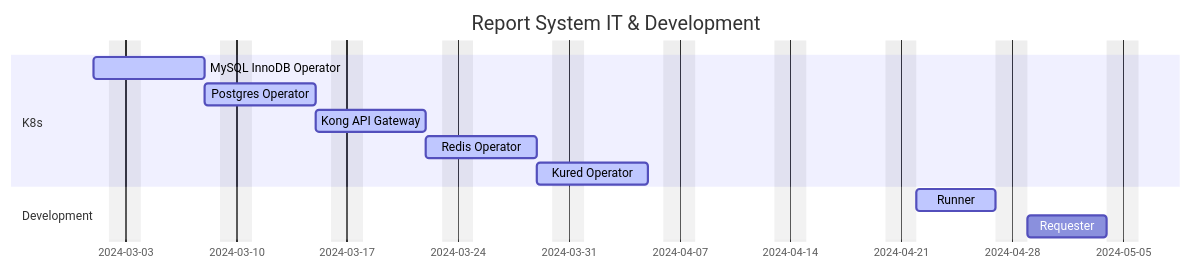
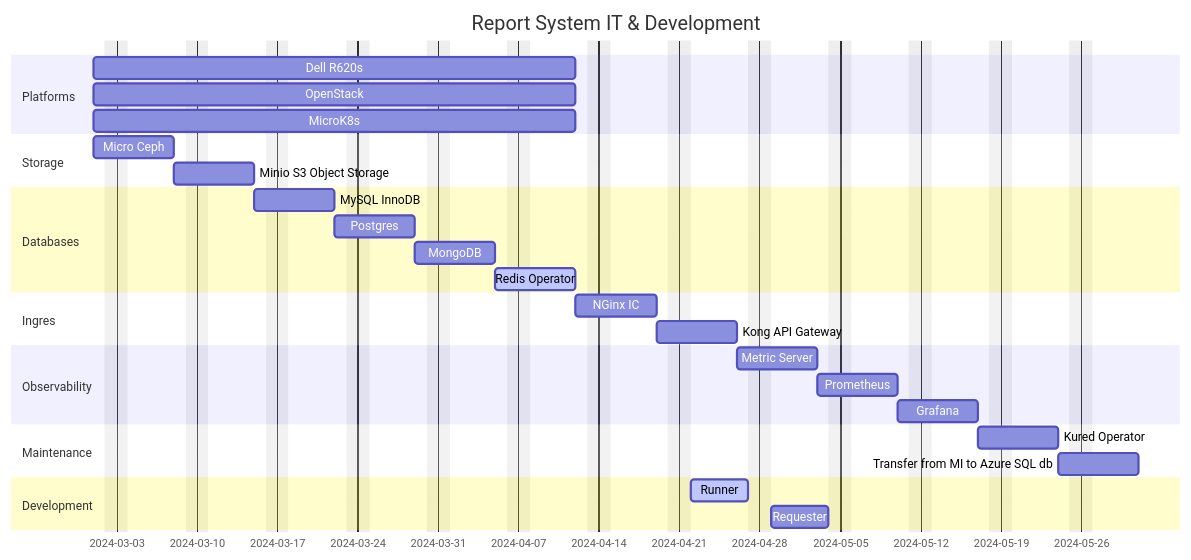
The first of 4 diagrams in report_system/report_system_status.md (brentgroves/status), drawn with Mermaid before and after one commit. The commit also changed 28 other files, not shown here.

````diff
--- a/report_system/report_system_status.md
+++ b/report_system/report_system_status.md
@@ -10,18 +10,40 @@
 ```mermaid
 gantt
     dateFormat  YYYY-MM-DD
     title       Report System IT & Development
     excludes    weekends
     %% (`excludes` accepts specific dates in YYYY-MM-DD format, days of the week ("sunday") or "weekends", but not the word "weekdays".)
 
-    section K8s
-    MySQL InnoDB Operator     :active,k1,2024-03-01,5d
-    Postgres Operator         :active,k2, after k1, 5d
-    Kong API Gateway          :active,k3, after k2, 5d
-    Redis Operator            :active,k4, after k3, 5d
-    Kured Operator            :active,k5, after k4, 5d
+    section Platforms
+    Dell R620s                :p1,2024-03-01,30d
+    OpenStack                 :p2,2024-03-01,30d
+    MicroK8s                  :p3,2024-03-01,30d
+
+    section Storage
+    Micro Ceph                :s1,2024-03-01,5d
+    Minio S3 Object Storage   :s2,after s1, 5d
+
+    section Databases
+    MySQL InnoDB              :db1,after s2,5d
+    Postgres                  :db2, after db1, 5d
+    MongoDB                   :db3, after db2, 5d
+    Redis Operator            :active,db4, after db3, 5d
+
+    section Ingres
+    NGinx IC                  :i1,after db4, 5d
+    Kong API Gateway          :i2, after i1, 5d  
+
+    section Observability
+    Metric Server             :o1,after i2,5d
+    Prometheus                :o2,after o1,5d
+    Grafana                   :o3,after o2,5d
+
+    section Maintenance
+    Kured Operator            :m1,after o3, 5d
+    Transfer from MI to Azure SQL db :m2, after m1,5d
+
     section Development
     Runner                  :active,d1,2024-04-22,5d
-    Requester               :       d2,after d1,5d
+    Requester               :d2,after d1,5d
 
 ```
````
